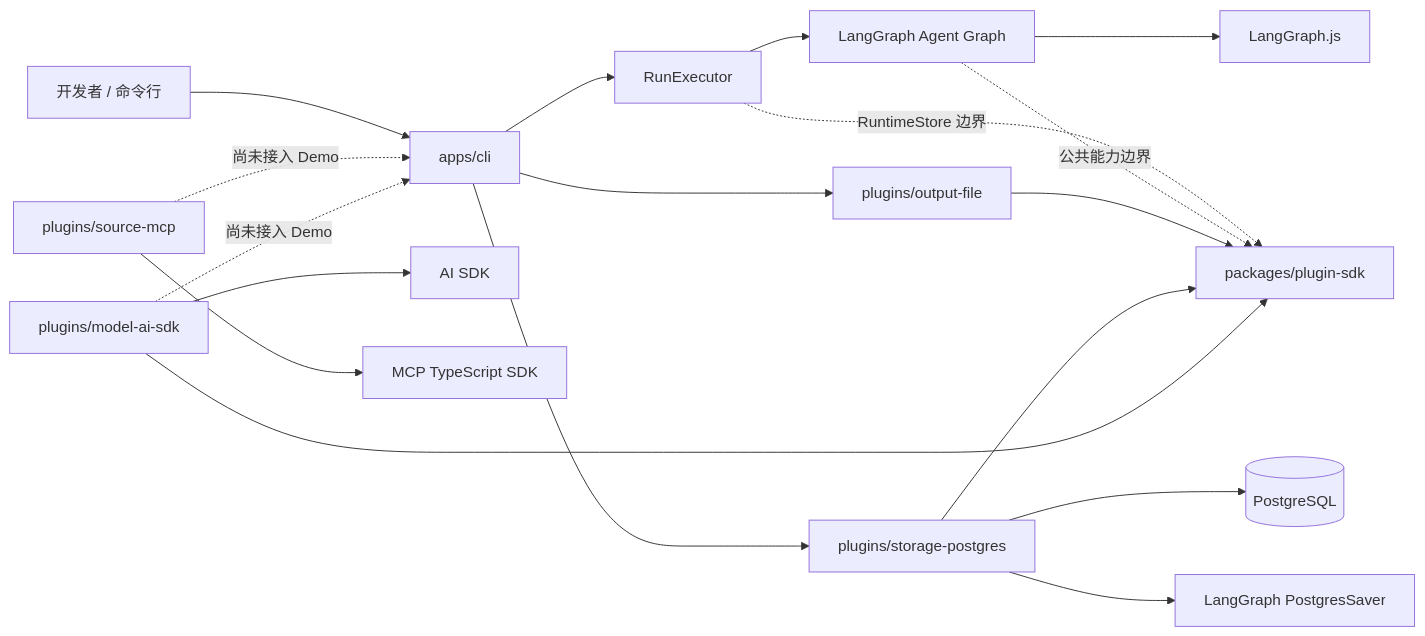
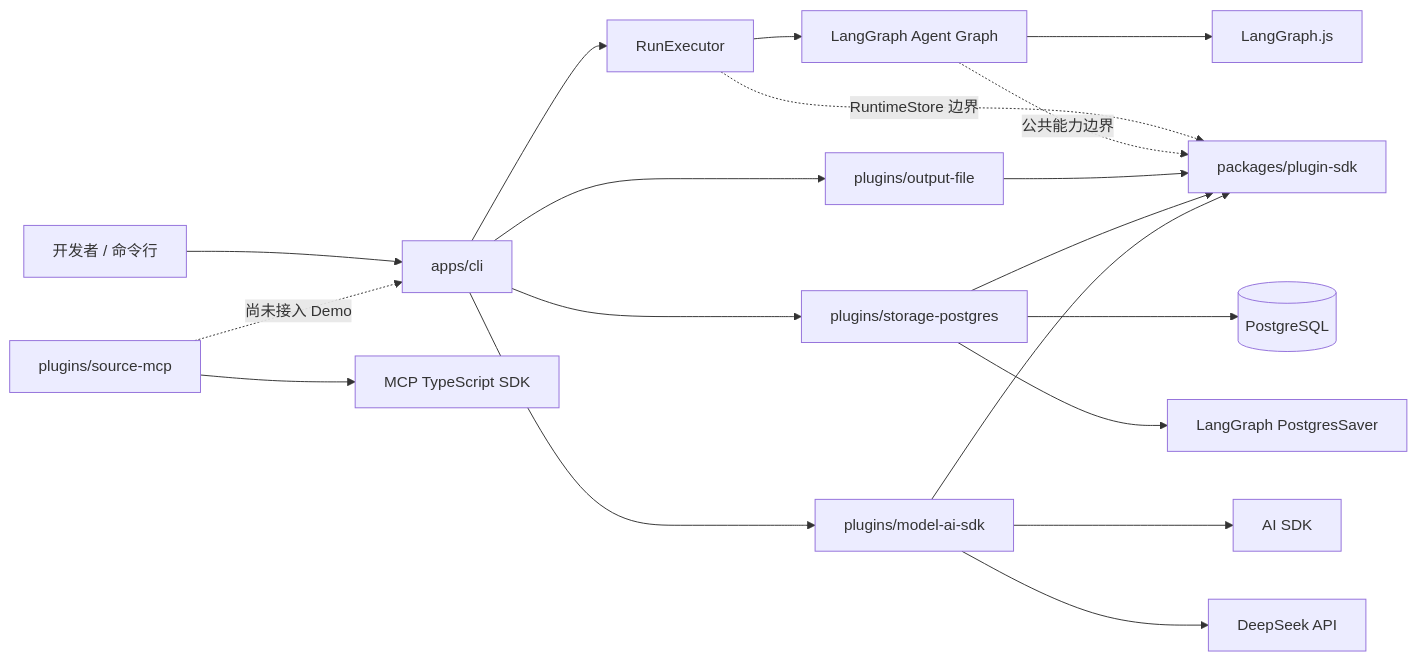
One commit to liuxzzz/finance-ai-news-agent changed the first of 3 diagrams in docs/architecture.md. Above: the diagram before and after it, drawn with Mermaid. The commit also changed other lines of this file and 23 other files, not shown here.

Commit message:
feat: add DeepSeek structured AI replay

````diff
--- a/docs/architecture.md
+++ b/docs/architecture.md
@@ -28,23 +30,24 @@
 ```mermaid
 flowchart LR
     User[开发者 / 命令行] --> CLI[apps/cli]
     CLI --> Runtime[RunExecutor]
     Runtime --> Core[LangGraph Agent Graph]
     CLI --> Output[plugins/output-file]
     CLI --> Storage[plugins/storage-postgres]
 
     Core --> Graph[LangGraph.js]
     Runtime -. RuntimeStore 边界 .-> SDK[packages/plugin-sdk]
     Core -. 公共能力边界 .-> SDK
     Output --> SDK
     Storage --> SDK
 
-    Model[plugins/model-ai-sdk] --> SDK
+    CLI --> Model[plugins/model-ai-sdk]
+    Model --> SDK
     Model --> AISDK[AI SDK]
     Source[plugins/source-mcp] --> MCP[MCP TypeScript SDK]
     Storage --> PG[(PostgreSQL)]
     Storage --> Checkpoint[LangGraph PostgresSaver]
 
     Source -. 尚未接入 Demo .-> CLI
-    Model -. 尚未接入 Demo .-> CLI
+    Model --> DeepSeek[DeepSeek API]
 ```
````
